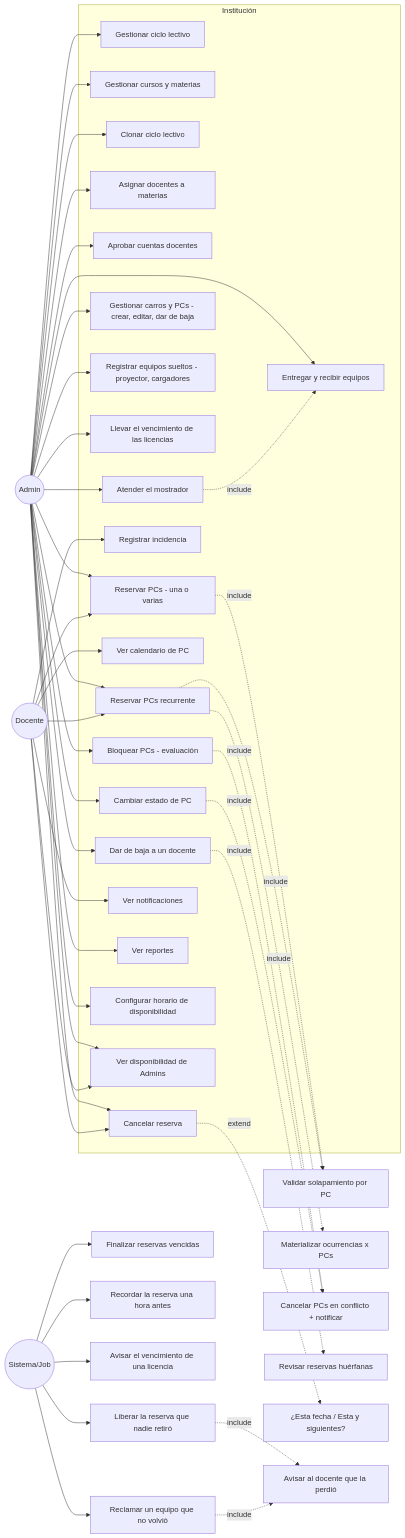
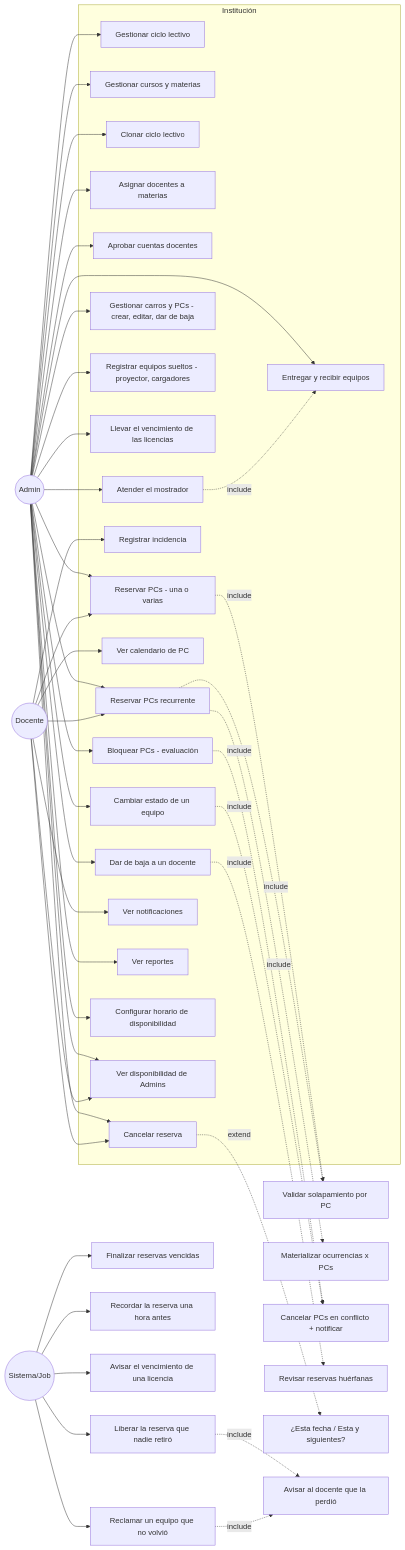
The diagram in docs/02-casos-de-uso.md (agustin-y2k/sgrc), drawn with Mermaid before and after one commit. The commit also changed other lines of this file and 35 other files, not shown here.

````diff
--- a/docs/02-casos-de-uso.md
+++ b/docs/02-casos-de-uso.md
@@ -5,59 +5,59 @@
 ```mermaid
 flowchart LR
     ADM((Admin))
     DOC((Docente))
     SYS((Sistema/Job))
 
     subgraph Institución
         UC_Ciclo[Gestionar ciclo lectivo]
         UC_CursoMat[Gestionar cursos y materias]
         UC_Clonar[Clonar ciclo lectivo]
         UC_AsigDoc[Asignar docentes a materias]
         UC_AprobarDoc[Aprobar cuentas docentes]
         UC_BajaDoc[Dar de baja a un docente]
         UC_Inventario[Gestionar carros y PCs - crear, editar, dar de baja]
         UC_OtrosEquipos[Registrar equipos sueltos - proyector, cargadores]
         UC_Licencias[Llevar el vencimiento de las licencias]
         UC_Mostrador[Atender el mostrador]
         UC_Entregar[Entregar y recibir equipos]
         UC_Incidencia[Registrar incidencia]
-        UC_CambioEstadoPC[Cambiar estado de PC]
+        UC_CambioEstadoEquipo[Cambiar estado de un equipo]
         UC_Calendario[Ver calendario de PC]
         UC_Reservar[Reservar PCs - una o varias]
         UC_ReservarRec[Reservar PCs recurrente]
         UC_Cancelar[Cancelar reserva]
         UC_Bloquear[Bloquear PCs - evaluación]
         UC_Notif[Ver notificaciones]
         UC_Reportes[Ver reportes]
         UC_Horario[Configurar horario de disponibilidad]
         UC_VerDisp[Ver disponibilidad de Admins]
     end
 
     ADM --> UC_Ciclo & UC_CursoMat & UC_Clonar & UC_AsigDoc & UC_AprobarDoc & UC_BajaDoc
-    ADM --> UC_Inventario & UC_CambioEstadoPC & UC_Reservar & UC_ReservarRec & UC_Cancelar & UC_Bloquear & UC_Reportes
+    ADM --> UC_Inventario & UC_CambioEstadoEquipo & UC_Reservar & UC_ReservarRec & UC_Cancelar & UC_Bloquear & UC_Reportes
     ADM --> UC_Horario & UC_VerDisp
     ADM --> UC_OtrosEquipos & UC_Licencias & UC_Mostrador & UC_Entregar
 
     DOC --> UC_Incidencia & UC_Calendario & UC_Reservar & UC_ReservarRec & UC_Cancelar & UC_Notif & UC_VerDisp
 
     SYS --> UC_Vencer[Finalizar reservas vencidas]
     SYS --> UC_Recordar[Recordar la reserva una hora antes]
     SYS --> UC_Liberar[Liberar la reserva que nadie retiró]
     SYS --> UC_Reclamar[Reclamar un equipo que no volvió]
     SYS --> UC_AvisarLic[Avisar el vencimiento de una licencia]
 
     UC_Reservar -.include.-> UC_ValidSolap[Validar solapamiento por PC]
     UC_ReservarRec -.include.-> UC_ValidSolap
     UC_ReservarRec -.include.-> UC_MaterializarOcurrencias[Materializar ocurrencias x PCs]
     UC_Bloquear -.include.-> UC_CancelPuntual[Cancelar PCs en conflicto + notificar]
-    UC_CambioEstadoPC -.include.-> UC_CancelPuntual
+    UC_CambioEstadoEquipo -.include.-> UC_CancelPuntual
     UC_BajaDoc -.include.-> UC_RevisarReservas[Revisar reservas huérfanas]
     UC_Cancelar -.extend.-> UC_OpcionRecur[¿Esta fecha / Esta y siguientes?]
     UC_Mostrador -.include.-> UC_Entregar
     UC_Liberar -.include.-> UC_AvisarDocente[Avisar al docente que la perdió]
     UC_Reclamar -.include.-> UC_AvisarDocente
 
     %% Un equipo suelto no es un caso aparte una vez cargado: se entrega, se
     %% reclama y —si es reservable— se reserva por los mismos caminos que una
     %% PC de carro. Por eso UC_OtrosEquipos no cuelga de nada más.
 ```
````
